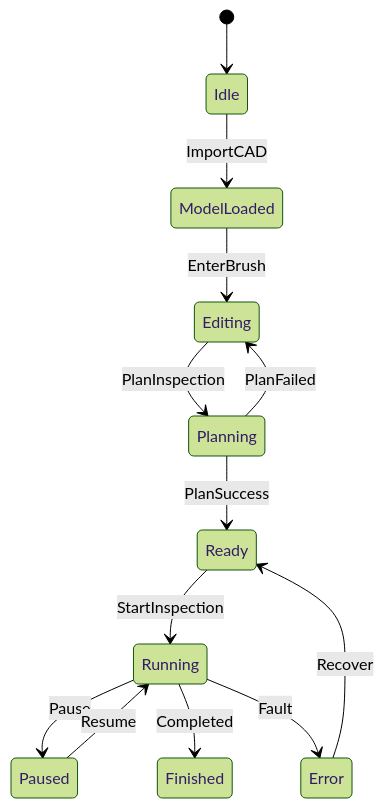
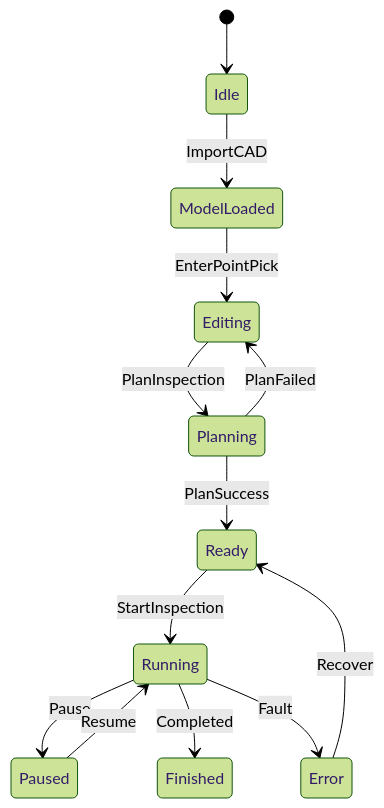
Before and after one commit to Misaka21/inspection-hmi: the fourth of 4 diagrams in docs/hmi_ui_design.md, drawn with Mermaid (forest theme). The commit also changed other lines of this file and 1 other file, not shown here.

````diff
--- a/docs/hmi_ui_design.md
+++ b/docs/hmi_ui_design.md
@@ -166,15 +212,15 @@
 ```mermaid
 stateDiagram-v2
   [*] --> Idle
   Idle --> ModelLoaded: ImportCAD
-  ModelLoaded --> Editing: EnterBrush
+  ModelLoaded --> Editing: EnterPointPick
   Editing --> Planning: PlanInspection
   Planning --> Ready: PlanSuccess
   Planning --> Editing: PlanFailed
   Ready --> Running: StartInspection
   Running --> Paused: Pause
   Paused --> Running: Resume
   Running --> Finished: Completed
   Running --> Error: Fault
   Error --> Ready: Recover
 ```
````
